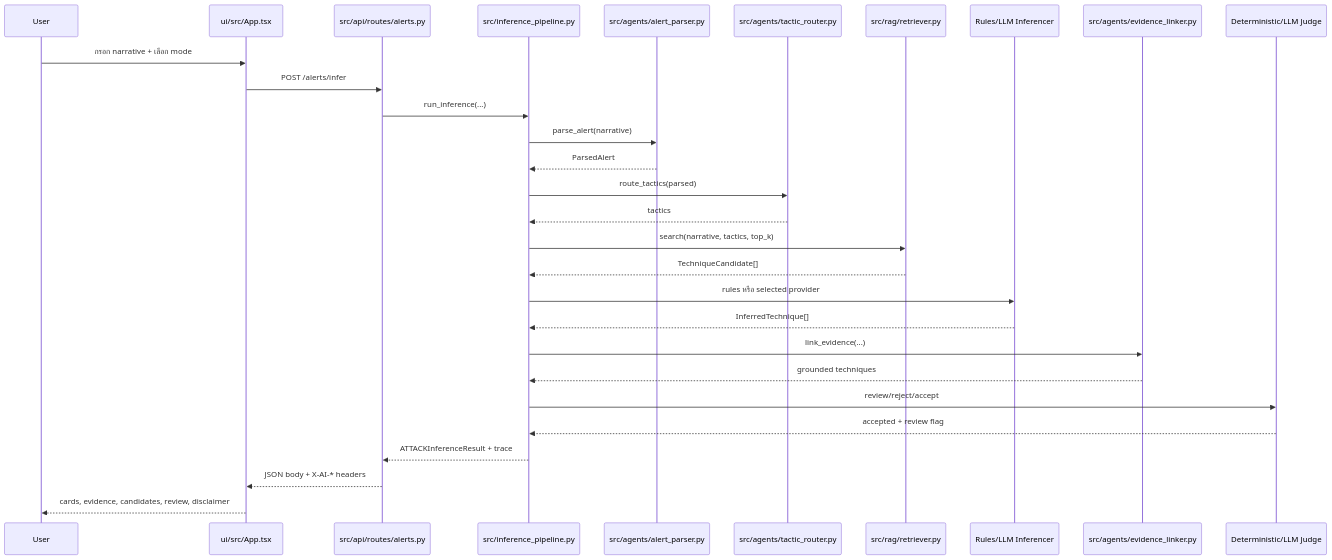
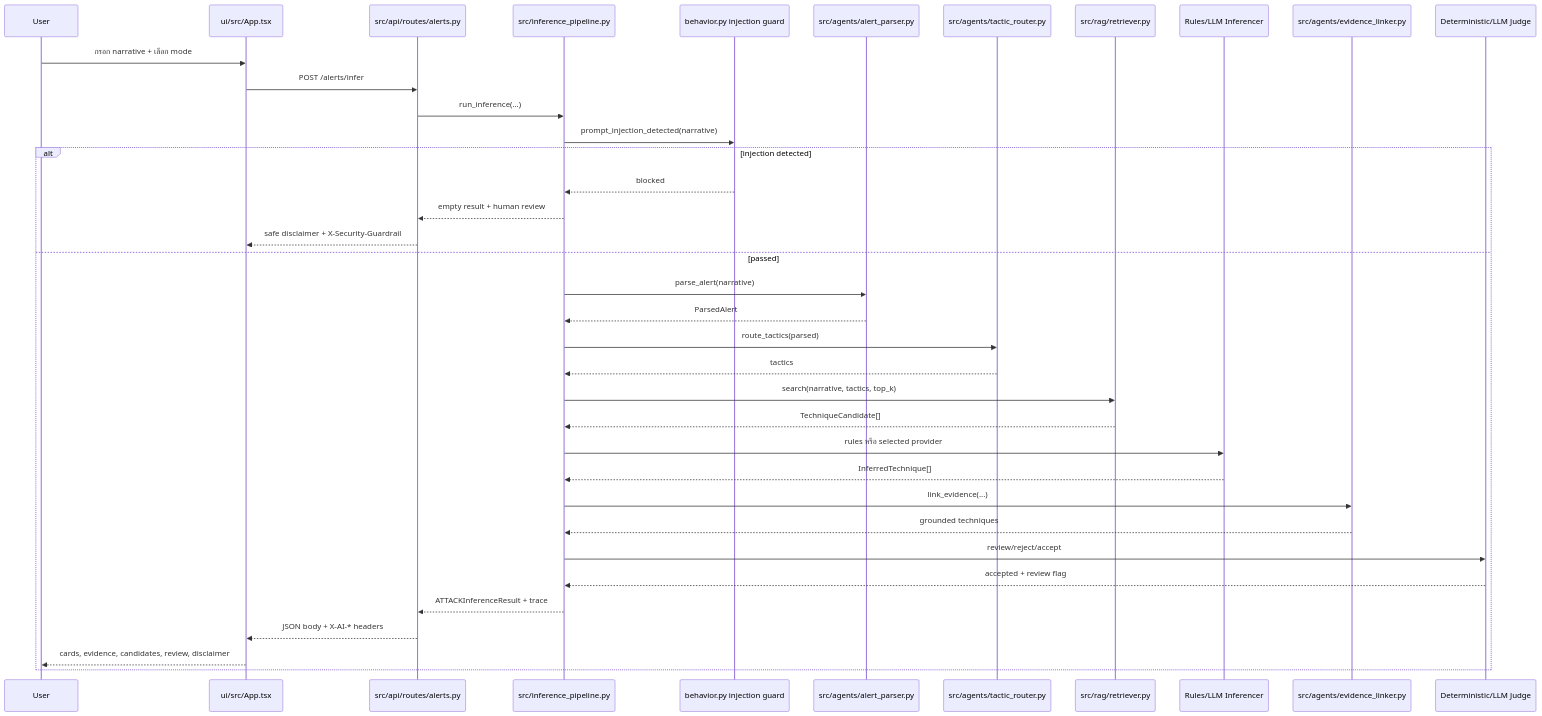
The diagram in docs/SYSTEM_FLOW_CODE_GUIDE_TH.md (mai23133/Security-Alert), drawn with Mermaid before and after one commit. The commit also changed other lines of this file and 23 other files, not shown here.

Commit message:
feat: fail closed on prompt injection

````diff
--- a/docs/SYSTEM_FLOW_CODE_GUIDE_TH.md
+++ b/docs/SYSTEM_FLOW_CODE_GUIDE_TH.md
@@ -7,32 +7,40 @@
 ```mermaid
 sequenceDiagram
     participant User
     participant UI as ui/src/App.tsx
     participant API as src/api/routes/alerts.py
     participant Pipeline as src/inference_pipeline.py
+    participant Preflight as behavior.py injection guard
     participant Parser as src/agents/alert_parser.py
     participant Router as src/agents/tactic_router.py
     participant Retriever as src/rag/retriever.py
     participant Inferencer as Rules/LLM Inferencer
     participant Linker as src/agents/evidence_linker.py
     participant Judge as Deterministic/LLM Judge
 
     User->>UI: กรอก narrative + เลือก mode
     UI->>API: POST /alerts/infer
     API->>Pipeline: run_inference(...)
+    Pipeline->>Preflight: prompt_injection_detected(narrative)
+    alt injection detected
+        Preflight-->>Pipeline: blocked
+        Pipeline-->>API: empty result + human review
+        API-->>UI: safe disclaimer + X-Security-Guardrail
+    else passed
     Pipeline->>Parser: parse_alert(narrative)
     Parser-->>Pipeline: ParsedAlert
     Pipeline->>Router: route_tactics(parsed)
     Router-->>Pipeline: tactics
     Pipeline->>Retriever: search(narrative, tactics, top_k)
     Retriever-->>Pipeline: TechniqueCandidate[]
     Pipeline->>Inferencer: rules หรือ selected provider
     Inferencer-->>Pipeline: InferredTechnique[]
     Pipeline->>Linker: link_evidence(...)
     Linker-->>Pipeline: grounded techniques
     Pipeline->>Judge: review/reject/accept
     Judge-->>Pipeline: accepted + review flag
     Pipeline-->>API: ATTACKInferenceResult + trace
     API-->>UI: JSON body + X-AI-* headers
     UI-->>User: cards, evidence, candidates, review, disclaimer
+    end
 ```
````
